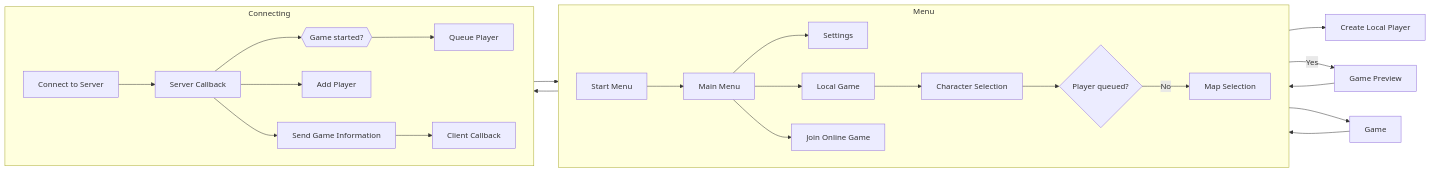
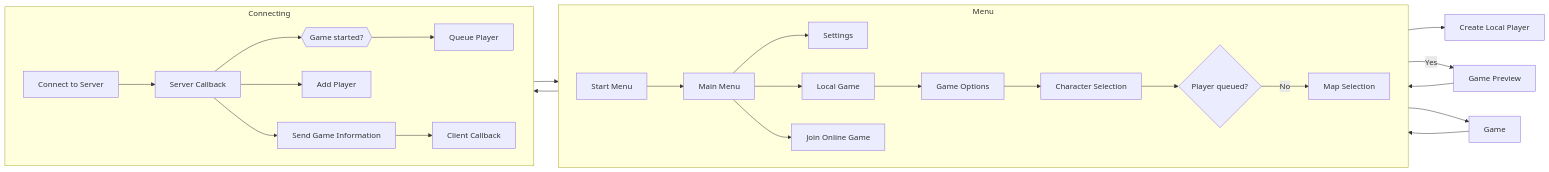
The diagram in docs/game_flow.md (CoffeeCoder1/superpeterkart), drawn with Mermaid before and after one commit. The commit also changed 2 other files, not shown here.

Commit message:
Show the GameOptionsMenu when creating a game

````diff
--- a/docs/game_flow.md
+++ b/docs/game_flow.md
@@ -1,47 +1,49 @@
 ```mermaid
 graph LR;
 	subgraph menu[Menu];
 		direction LR;
 		start[Start Menu];
 		main[Main Menu];
 		settings[Settings];
 		local[Local Game];
+		options[Game Options];
 		online[Join Online Game];
 		character[Character Selection];
 		player_queued@{ shape: diamond, label: "Player queued?"};
 		map[Map Selection];
 	end;
 	subgraph connecting[Connecting];
 		direction LR;
 		connect_to_server[Connect to Server];
 		server_callback[Server Callback];
 		send_game_information[Send Game Information];
 		client_callback[Client Callback];
 		add_player[Add Player];
 		game_started@{ shape: hex, label: "Game started?"};
 		queue[Queue Player];
 		connect_to_server-->server_callback;
 		server_callback-->send_game_information;
 		server_callback-->add_player;
 	end;
 	create_local_player[Create Local Player];
 	game[Game];
 	game_preview[Game Preview];
 	start-->main;
 	main-->settings;
 	main-->local;
 	main-->online;
-	local-->create_local_player;
-	local-->character;
+	local-->options;
+	options-->create_local_player;
+	options-->character;
 	online-->connecting;
 	server_callback-->game_started;
 	game_started-->queue;
 	send_game_information-->client_callback;
 	client_callback-->character;
 	character-->player_queued;
 	player_queued-- No -->map;
 	player_queued-- Yes -->game_preview;
 	map-->game;
 	game_preview-->map;
 	game-->map;
 ```
````
